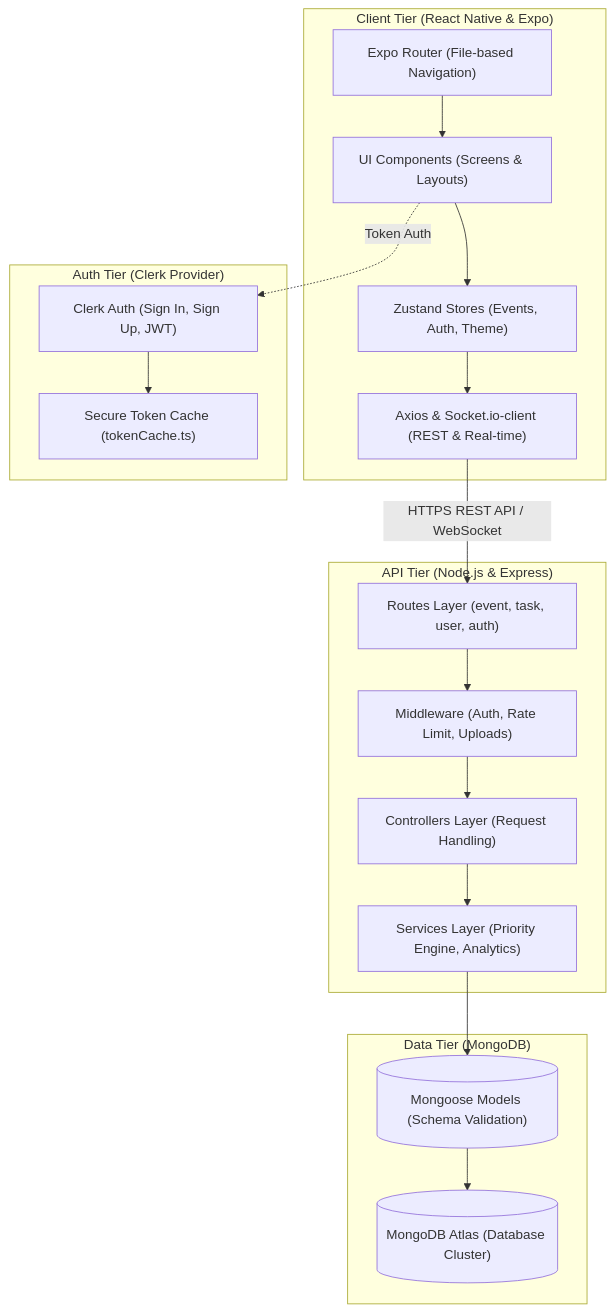
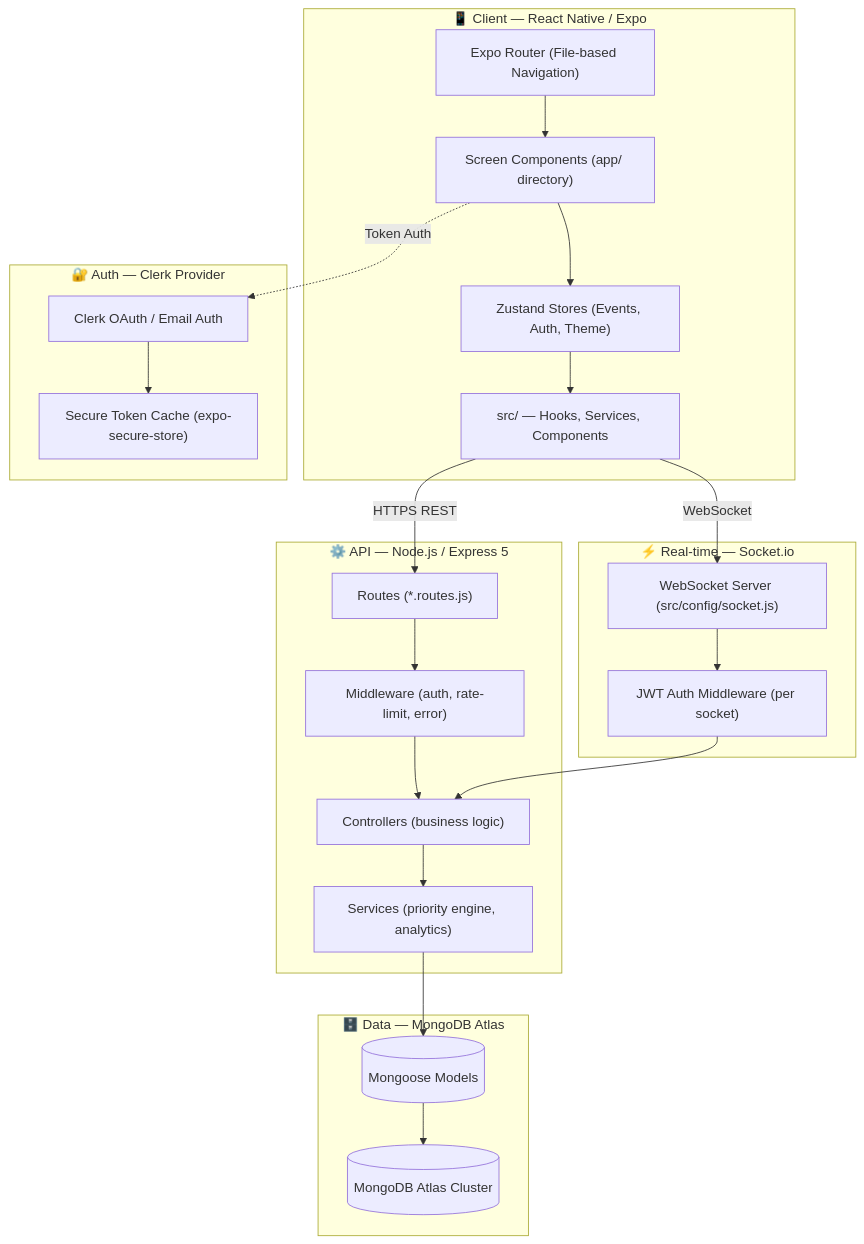
One commit to priyabratasahoo780/EventFlow changed the first of 3 diagrams in README.md. Above: the diagram before and after it, drawn with Mermaid. The commit also changed other lines of this file, not shown here.

Commit message:
docs: production-ready README with architecture diagrams, API reference, env vars, and contributing guide

````diff
--- a/README.md
+++ b/README.md
@@ -65,34 +151,42 @@
 ```mermaid
 flowchart TD
-    subgraph Client["Client Tier (React Native & Expo)"]
+    subgraph Client["📱 Client — React Native / Expo"]
         A["Expo Router (File-based Navigation)"]
-        B["UI Components (Screens & Layouts)"]
+        B["Screen Components (app/ directory)"]
         C["Zustand Stores (Events, Auth, Theme)"]
-        D["Axios & Socket.io-client (REST & Real-time)"]
+        D["src/ — Hooks, Services, Components"]
         A --> B --> C --> D
     end
 
-    subgraph Auth["Auth Tier (Clerk Provider)"]
-        E["Clerk Auth (Sign In, Sign Up, JWT)"]
-        F["Secure Token Cache (tokenCache.ts)"]
+    subgraph Auth["🔐 Auth — Clerk Provider"]
+        E["Clerk OAuth / Email Auth"]
+        F["Secure Token Cache (expo-secure-store)"]
         E --> F
     end
 
-    subgraph API["API Tier (Node.js & Express)"]
-        G["Routes Layer (event, task, user, auth)"]
-        J["Middleware (Auth, Rate Limit, Uploads)"]
-        H["Controllers Layer (Request Handling)"]
-        I["Services Layer (Priority Engine, Analytics)"]
+    subgraph API["⚙️ API — Node.js / Express 5"]
+        G["Routes (*.routes.js)"]
+        J["Middleware (auth, rate-limit, error)"]
+        H["Controllers (business logic)"]
+        I["Services (priority engine, analytics)"]
         G --> J --> H --> I
     end
 
-    subgraph Database["Data Tier (MongoDB)"]
-        L[("Mongoose Models (Schema Validation)")]
-        K[("MongoDB Atlas (Database Cluster)")]
+    subgraph Realtime["⚡ Real-time — Socket.io"]
+        S["WebSocket Server (src/config/socket.js)"]
+        S2["JWT Auth Middleware (per socket)"]
+        S --> S2
+    end
+
+    subgraph Database["🗄️ Data — MongoDB Atlas"]
+        L[("Mongoose Models")]
+        K[("MongoDB Atlas Cluster")]
         L --> K
     end
 
-    D -->|"HTTPS REST API / WebSocket"| G
+    D -->|"HTTPS REST"| G
+    D -->|"WebSocket"| S
     B -.->|"Token Auth"| E
     I --> L
+    S2 --> H
 ```
````
